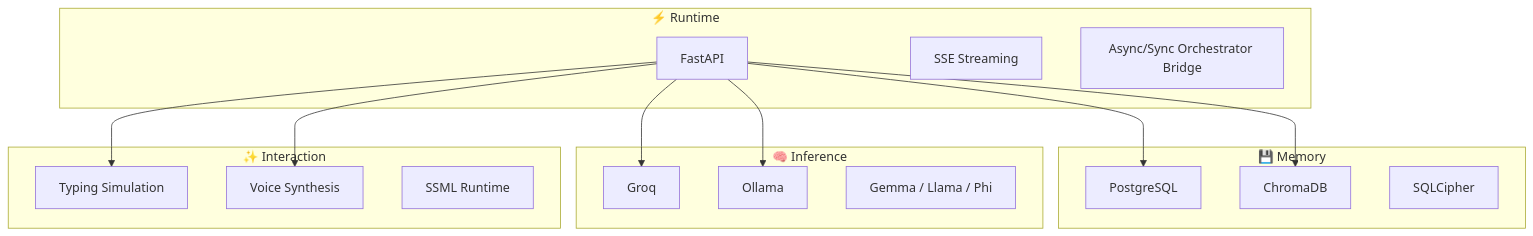
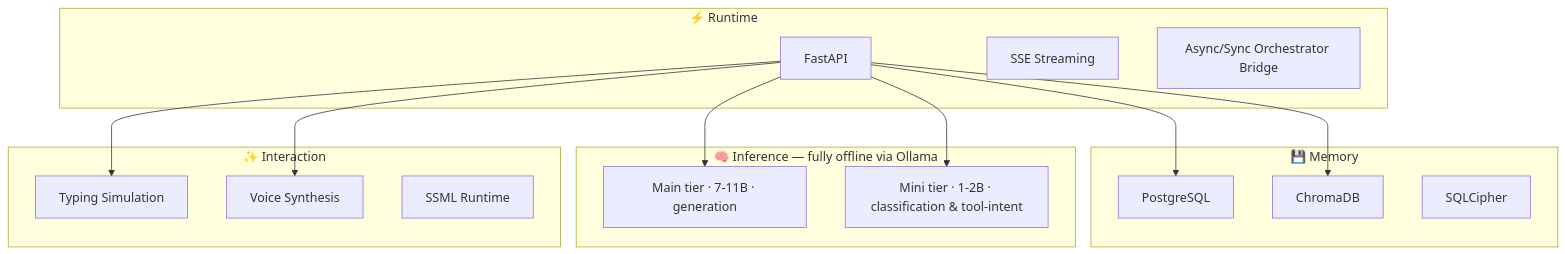
The second of 2 diagrams in README.md (varunaditya27/nova-ai), drawn with Mermaid before and after one commit. The commit also changed other lines of this file and 18 other files, not shown here.

````diff
--- a/README.md
+++ b/README.md
@@ -402,34 +411,33 @@
 ```mermaid
 graph TB
 
     subgraph API ["⚡ Runtime"]
         A1["FastAPI"]
         A2["SSE Streaming"]
         A3["Async/Sync Orchestrator Bridge"]
     end
 
     subgraph MEMORY ["💾 Memory"]
         M1["PostgreSQL"]
         M2["ChromaDB"]
         M3["SQLCipher"]
     end
 
-    subgraph INFERENCE ["🧠 Inference"]
-        I1["Groq"]
-        I2["Ollama"]
-        I3["Gemma / Llama / Phi"]
+    subgraph INFERENCE ["🧠 Inference — fully offline via Ollama"]
+        I1["Main tier · 7-11B · generation"]
+        I2["Mini tier · 1-2B · classification & tool-intent"]
     end
 
     subgraph DELIVERY ["✨ Interaction"]
         D1["Typing Simulation"]
         D2["Voice Synthesis"]
         D3["SSML Runtime"]
     end
 
     A1 --> M1
     A1 --> M2
     A1 --> I1
     A1 --> I2
     A1 --> D1
     A1 --> D2
 ```
````
